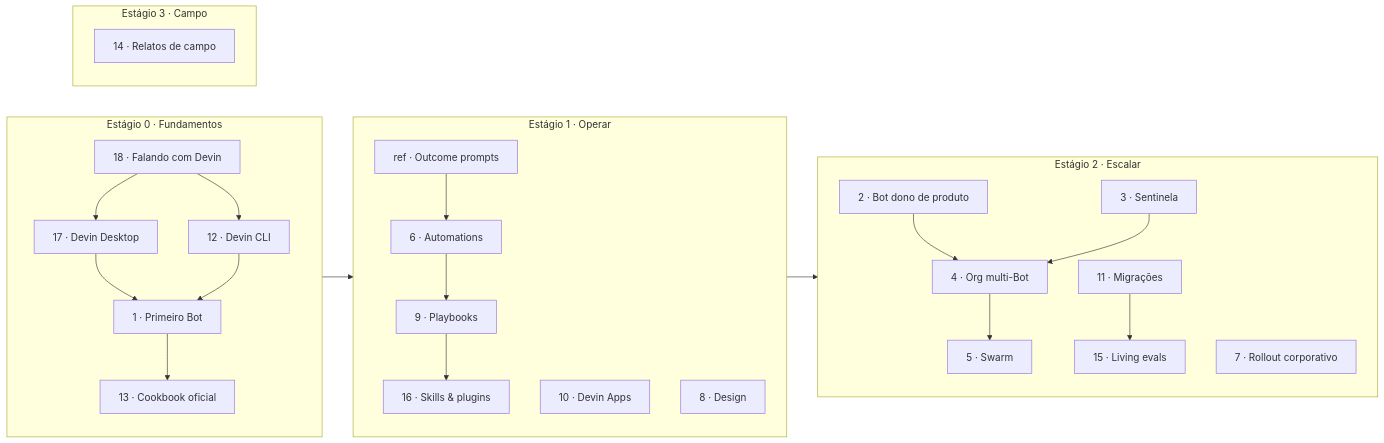
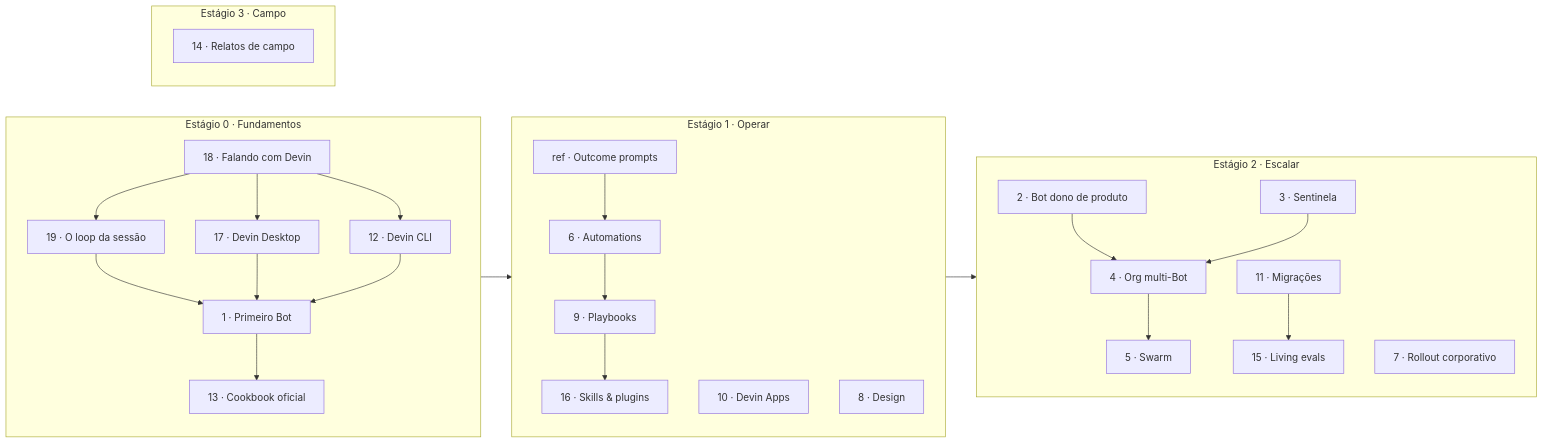
Before and after one commit to Till3005/build-with-devin: the diagram in README.pt.md, drawn with Mermaid. The commit also changed other lines of this file and 7 other files, not shown here.

````diff
--- a/README.pt.md
+++ b/README.pt.md
@@ -27,28 +27,30 @@
 ```mermaid
 flowchart LR
     subgraph S0["Estágio 0 · Fundamentos"]
       G18["18 · Falando com Devin"] --> G17["17 · Devin Desktop"]
       G18 --> G12["12 · Devin CLI"]
+      G18 --> G19["19 · O loop da sessão"]
+      G19 --> G1
       G17 --> G1["1 · Primeiro Bot"]
       G12 --> G1
       G1 --> G13["13 · Cookbook oficial"]
     end
     subgraph S1["Estágio 1 · Operar"]
       GP["ref · Outcome prompts"] --> G6["6 · Automations"]
       G6 --> G9["9 · Playbooks"]
       G9 --> G16["16 · Skills & plugins"]
       G10["10 · Devin Apps"]
       G8["8 · Design"]
     end
     subgraph S2["Estágio 2 · Escalar"]
       G2["2 · Bot dono de produto"] --> G4["4 · Org multi-Bot"]
       G3["3 · Sentinela"] --> G4
       G4 --> G5["5 · Swarm"]
       G11["11 · Migrações"] --> G15["15 · Living evals"]
       G7["7 · Rollout corporativo"]
     end
     subgraph S3["Estágio 3 · Campo"]
       G14["14 · Relatos de campo"]
     end
     S0 --> S1 --> S2
 ```
````
